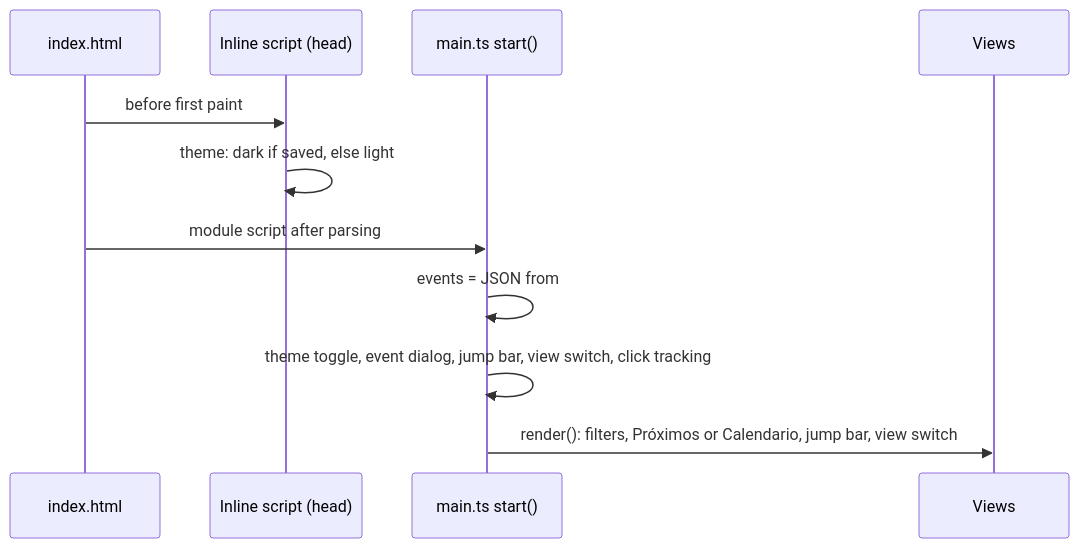
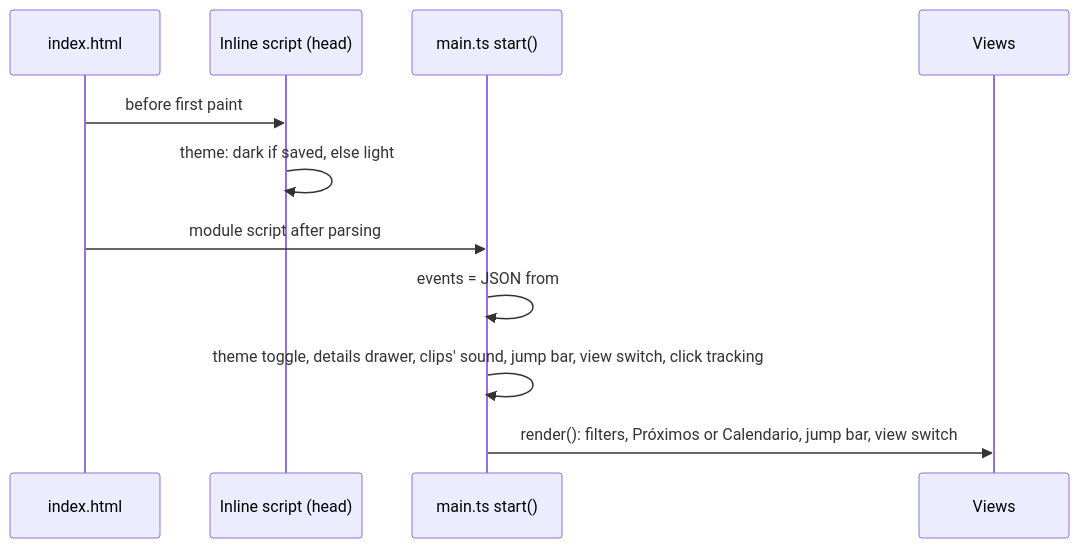
The sixth of 9 diagrams in docs/ARCHITECTURE.md (pa-bailar/pa-bailar.github.io), drawn with Mermaid before and after one commit. The commit also changed other lines of this file and 45 other files, not shown here.

First line of the commit message:
feat(events): an Instagram-style details drawer and one-tap filter chips (#74)

````diff
--- a/docs/ARCHITECTURE.md
+++ b/docs/ARCHITECTURE.md
@@ -314,14 +314,14 @@
 ```mermaid
 sequenceDiagram
     participant H as index.html
     participant I as Inline script (head)
     participant M as main.ts start()
     participant V as Views
 
     H->>I: before first paint
     I->>I: theme: dark if saved, else light
     H->>M: module script after parsing
     M->>M: events = JSON from #events-data
-    M->>M: theme toggle, event dialog, jump bar, view switch, click tracking
+    M->>M: theme toggle, details drawer, clips' sound, jump bar, view switch, click tracking
     M->>V: render(): filters, Próximos or Calendario, jump bar, view switch
 ```
````
